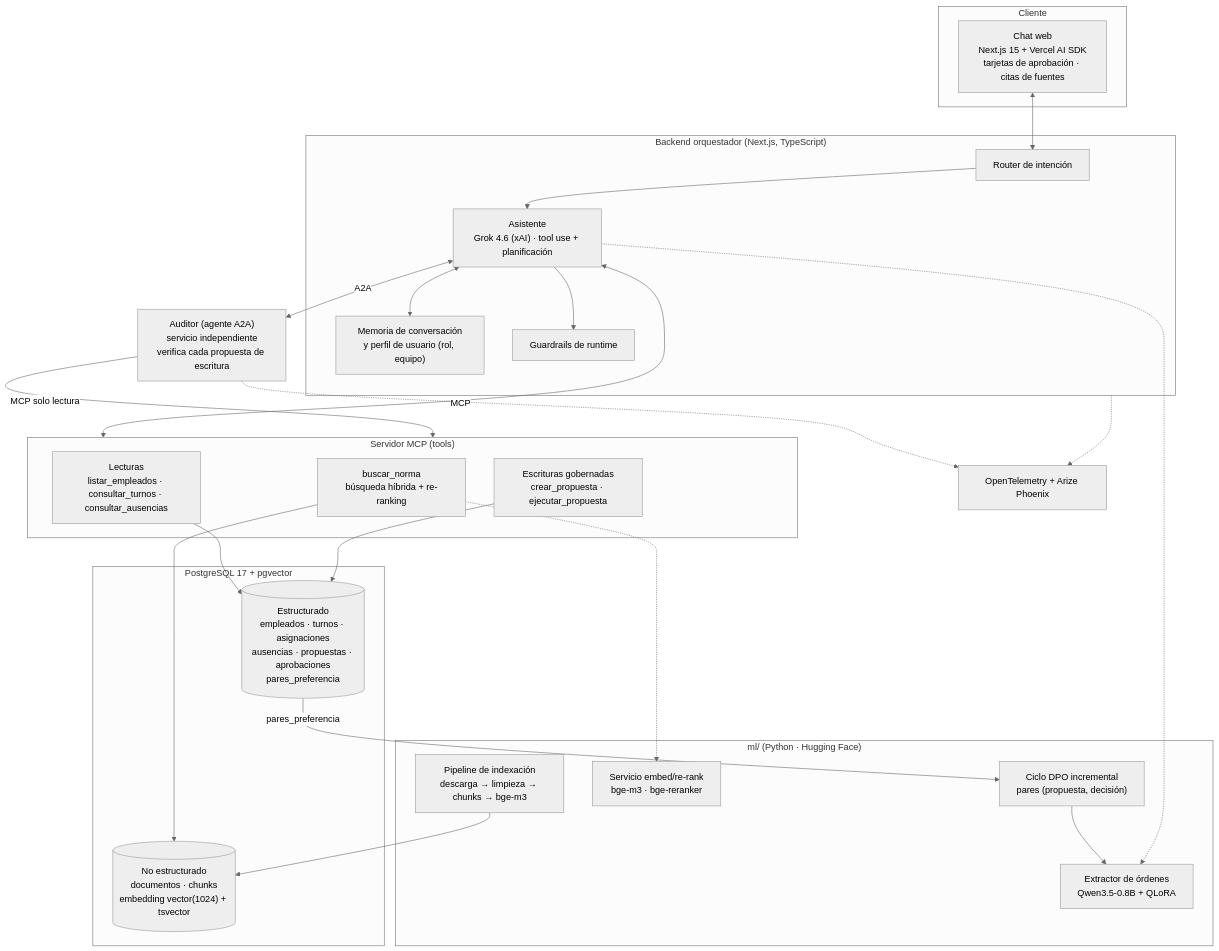
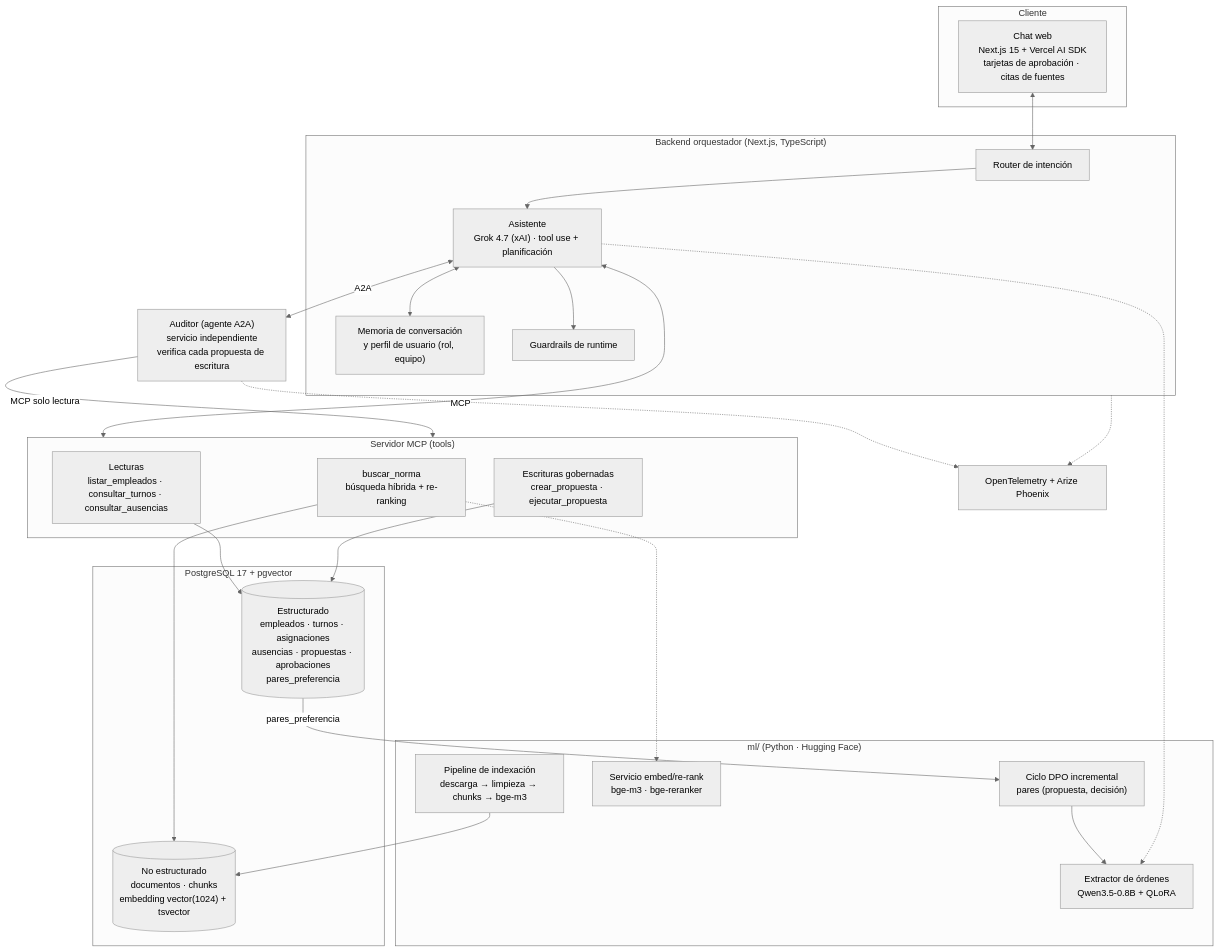
The diagram in informe/INFORME_FINAL.md (david-botero10/proyecto-final-nlp-eafit), drawn with Mermaid (neutral theme) before and after one commit. The commit also changed other lines of this file and 5 other files, not shown here.

````diff
--- a/informe/INFORME_FINAL.md
+++ b/informe/INFORME_FINAL.md
@@ -86,53 +86,53 @@
 ```mermaid
 flowchart TB
     subgraph CLIENTE["Cliente"]
         UI["Chat web<br/>Next.js 15 + Vercel AI SDK<br/>tarjetas de aprobación · citas de fuentes"]
     end
 
     subgraph BACK["Backend orquestador (Next.js, TypeScript)"]
         RT["Router de intención"]
-        AS["Asistente<br/>Grok 4.6 (xAI) · tool use + planificación"]
+        AS["Asistente<br/>Grok 4.7 (xAI) · tool use + planificación"]
         MEM["Memoria de conversación<br/>y perfil de usuario (rol, equipo)"]
         GRD["Guardrails de runtime"]
     end
 
     AUD["Auditor (agente A2A)<br/>servicio independiente<br/>verifica cada propuesta de escritura"]
 
     subgraph MCPS["Servidor MCP (tools)"]
         TL["Lecturas<br/>listar_empleados · consultar_turnos · consultar_ausencias"]
         TN["buscar_norma<br/>búsqueda híbrida + re-ranking"]
         TW["Escrituras gobernadas<br/>crear_propuesta · ejecutar_propuesta"]
     end
 
     subgraph DATOS["PostgreSQL 17 + pgvector"]
         SQL[("Estructurado<br/>empleados · turnos · asignaciones<br/>ausencias · propuestas · aprobaciones<br/>pares_preferencia")]
         VEC[("No estructurado<br/>documentos · chunks<br/>embedding vector(1024) + tsvector")]
     end
 
     subgraph ML["ml/ (Python · Hugging Face)"]
         IDX["Pipeline de indexación<br/>descarga → limpieza → chunks → bge-m3"]
         EMB["Servicio embed/re-rank<br/>bge-m3 · bge-reranker"]
         EXT["Extractor de órdenes<br/>Qwen3.5-0.8B + QLoRA"]
         DPO["Ciclo DPO incremental<br/>pares (propuesta, decisión)"]
     end
 
     PHX["OpenTelemetry + Arize Phoenix"]
 
     UI <--> RT
     RT --> AS
     AS <--> MEM
     AS --> GRD
     AS <-->|MCP| MCPS
     AS <-->|A2A| AUD
     AUD -->|MCP solo lectura| MCPS
     TL --> SQL
     TW --> SQL
     TN --> VEC
     TN -.-> EMB
     IDX --> VEC
     SQL -->|pares_preferencia| DPO
     DPO --> EXT
     AS -.-> EXT
     BACK -.-> PHX
     AUD -.-> PHX
 ```
````
